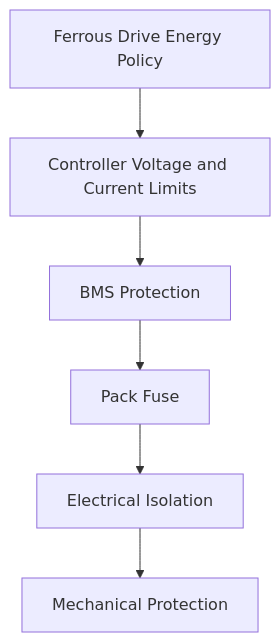
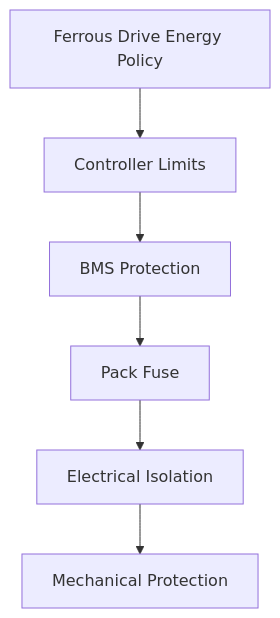
One commit to tspreck/ferrous-drive changed the fifth of 6 diagrams in docs/battery_design.md. Above: the diagram before and after it, drawn with Mermaid. The commit also changed other lines of this file, not shown here.

````diff
--- a/docs/battery_design.md
+++ b/docs/battery_design.md
@@ -598,15 +781,15 @@
 ```mermaid
 flowchart TD
-    Policy[Ferrous Drive Energy Policy]
-    Controller[Controller Voltage and Current Limits]
-    BMS[BMS Protection]
-    Fuse[Pack Fuse]
-    Isolation[Electrical Isolation]
-    Mechanical[Mechanical Protection]
+    Policy["Ferrous Drive Energy Policy"]
+    Controller["Controller Limits"]
+    BMS["BMS Protection"]
+    Fuse["Pack Fuse"]
+    Isolation["Electrical Isolation"]
+    Mechanical["Mechanical Protection"]
 
     Policy --> Controller
     Controller --> BMS
     BMS --> Fuse
     Fuse --> Isolation
     Isolation --> Mechanical
 ```
````
